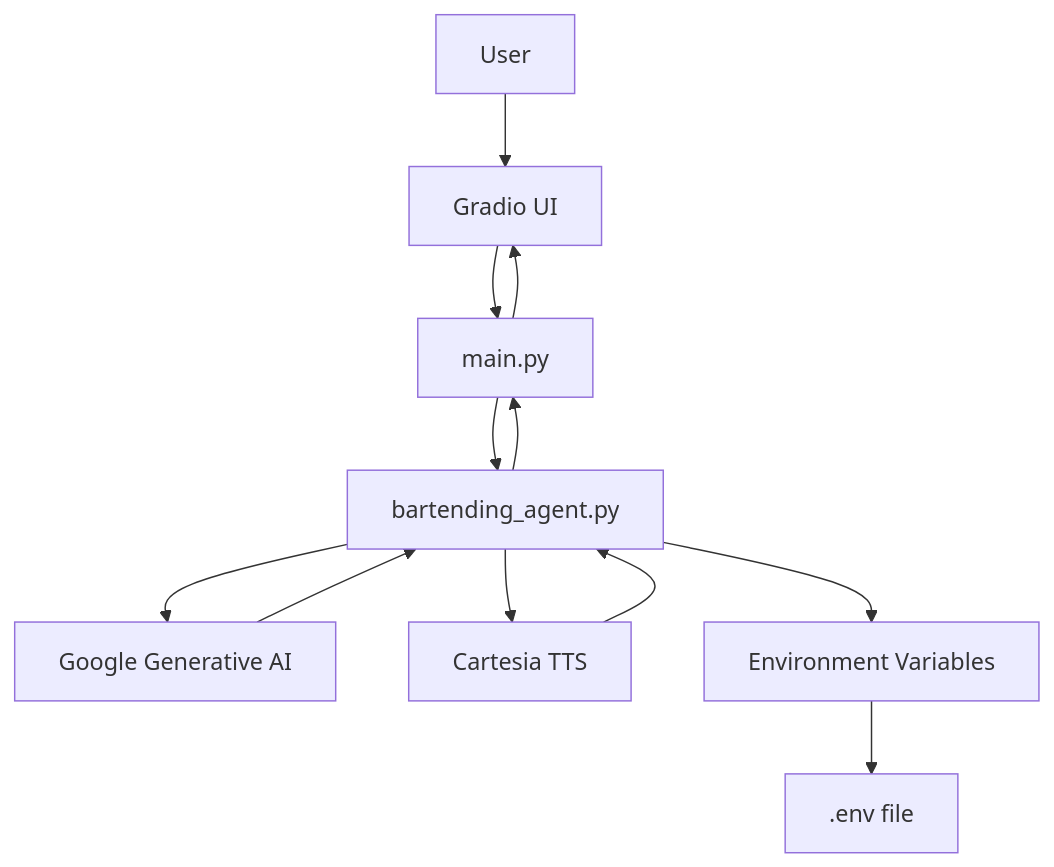
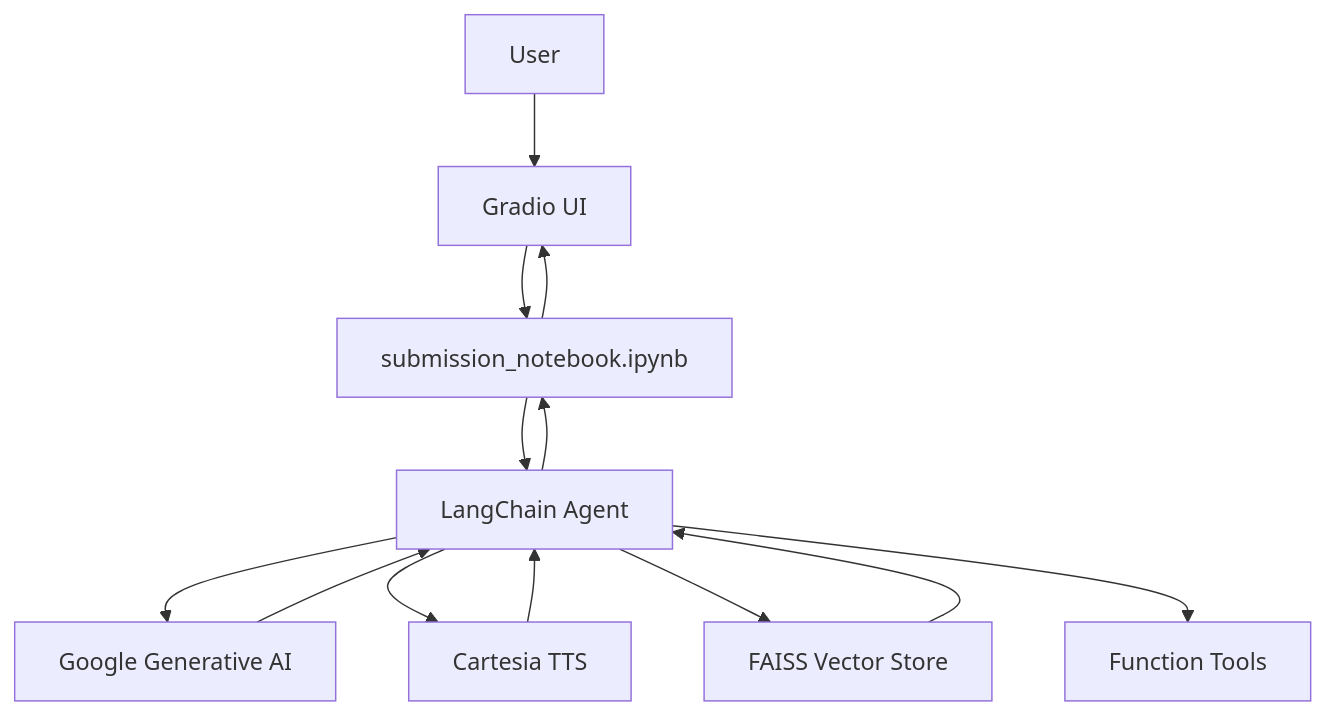
Before and after one commit to MOK-5-ha/MayaBartendingAgent: the first of 2 diagrams in .qoder/repowiki/en/content/Technology Stack.md, drawn with Mermaid. The commit also changed other lines of this file and 14 other files, not shown here.

````diff
--- a/.qoder/repowiki/en/content/Technology Stack.md
+++ b/.qoder/repowiki/en/content/Technology Stack.md
@@ -31,14 +40,15 @@
 ```mermaid
 graph TB
 A[User] --> B[Gradio UI]
-B --> C[main.py]
-C --> D[bartending_agent.py]
+B --> C[submission_notebook.ipynb]
+C --> D[LangChain Agent]
 D --> E[Google Generative AI]
 D --> F[Cartesia TTS]
-D --> G[Environment Variables]
-G --> H[.env file]
+D --> G[FAISS Vector Store]
+D --> H[Function Tools]
+G --> D
 E --> D
 F --> D
 D --> C
 C --> B
 ```
````
